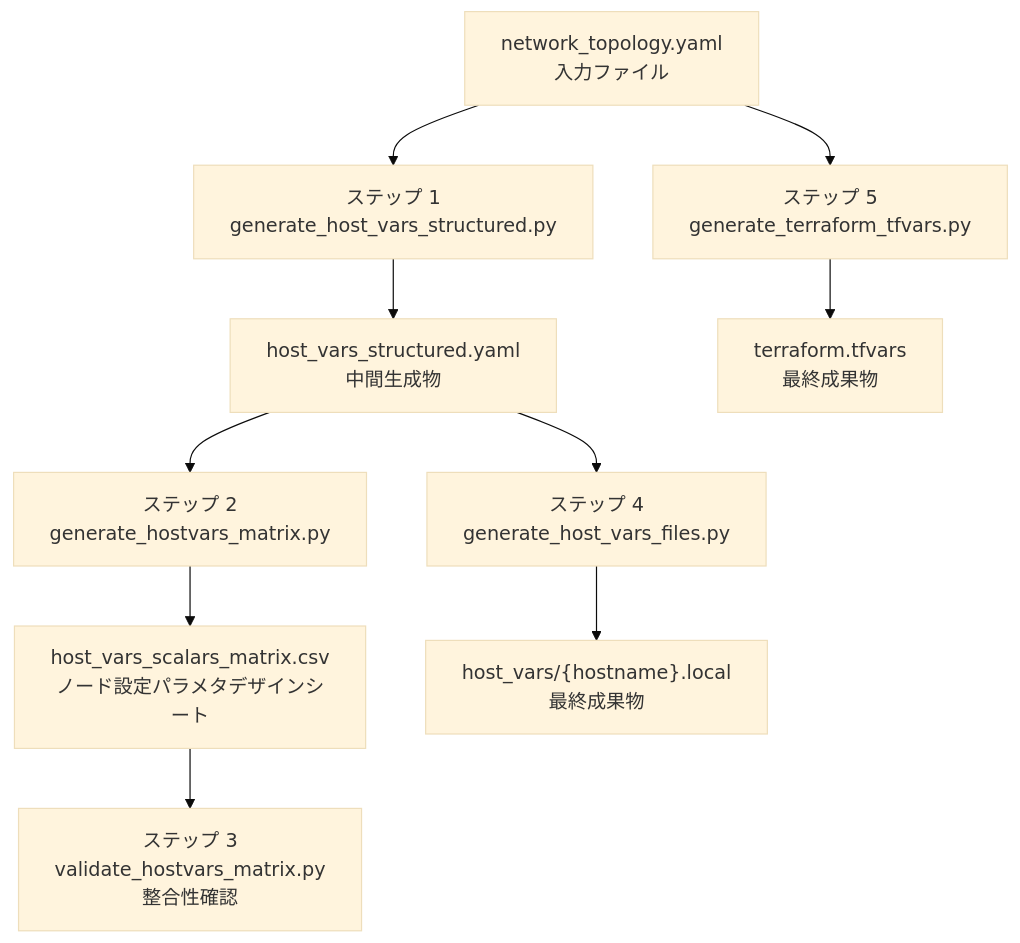
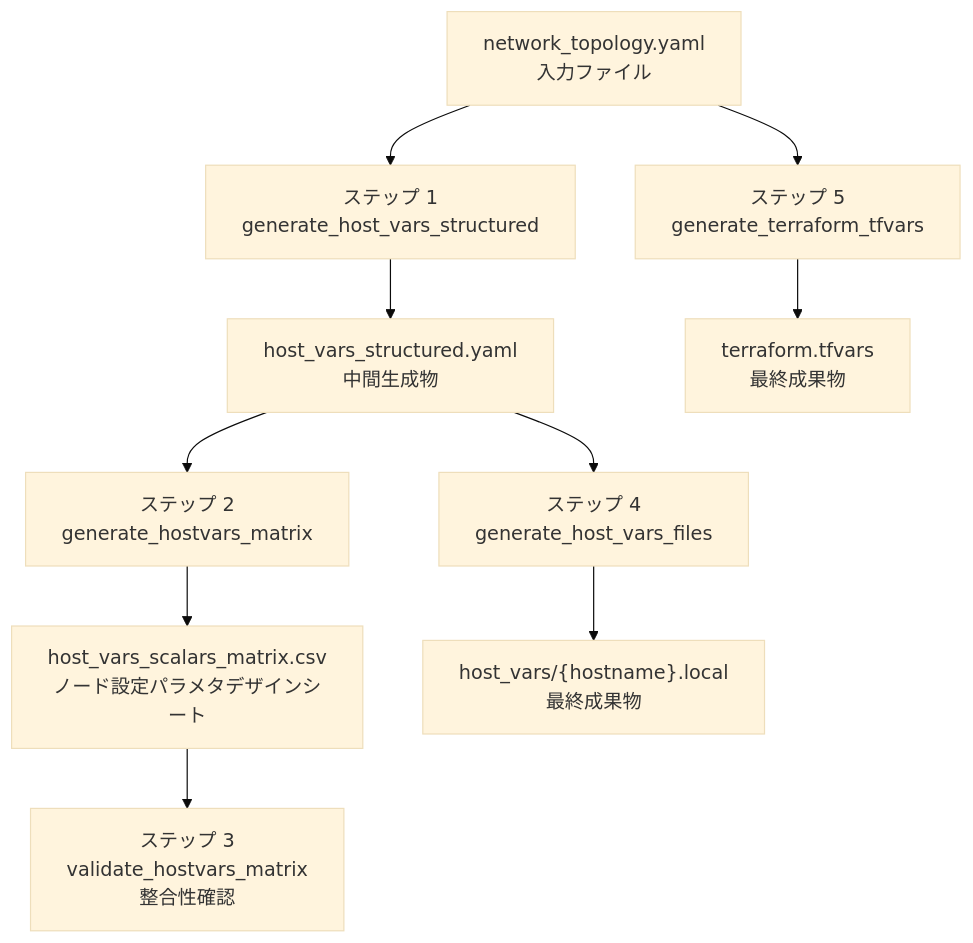
One commit to takeharukato/ansibleConfigGenerator changed the diagram in docs/manual/user-guide-linux-ansible-setup.md. Above: the diagram before and after it, drawn with Mermaid (base theme). The commit also changed other lines of this file and 40 other files, not shown here.

````diff
--- a/docs/manual/user-guide-linux-ansible-setup.md
+++ b/docs/manual/user-guide-linux-ansible-setup.md
@@ -39,23 +39,23 @@
 ```mermaid
 flowchart TD
   A["network_topology.yaml<br/>入力ファイル"]
-  B["ステップ 1<br/>generate_host_vars_structured.py"]
+  B["ステップ 1<br/>generate_host_vars_structured"]
   C["host_vars_structured.yaml<br/>中間生成物"]
-  D["ステップ 2<br/>generate_hostvars_matrix.py"]
+  D["ステップ 2<br/>generate_hostvars_matrix"]
   E["host_vars_scalars_matrix.csv<br/>ノード設定パラメタデザインシート"]
-  F["ステップ 3<br/>validate_hostvars_matrix.py<br/>整合性確認"]
-  G["ステップ 4<br/>generate_host_vars_files.py"]
+  F["ステップ 3<br/>validate_hostvars_matrix<br/>整合性確認"]
+  G["ステップ 4<br/>generate_host_vars_files"]
   H["host_vars/{hostname}.local<br/>最終成果物"]
-  I["ステップ 5<br/>generate_terraform_tfvars.py"]
+  I["ステップ 5<br/>generate_terraform_tfvars"]
   J["terraform.tfvars<br/>最終成果物"]
 
   A --> B
   B --> C
   C --> D
   D --> E
   E --> F
   C --> G
   G --> H
   A --> I
   I --> J
 ```
````
